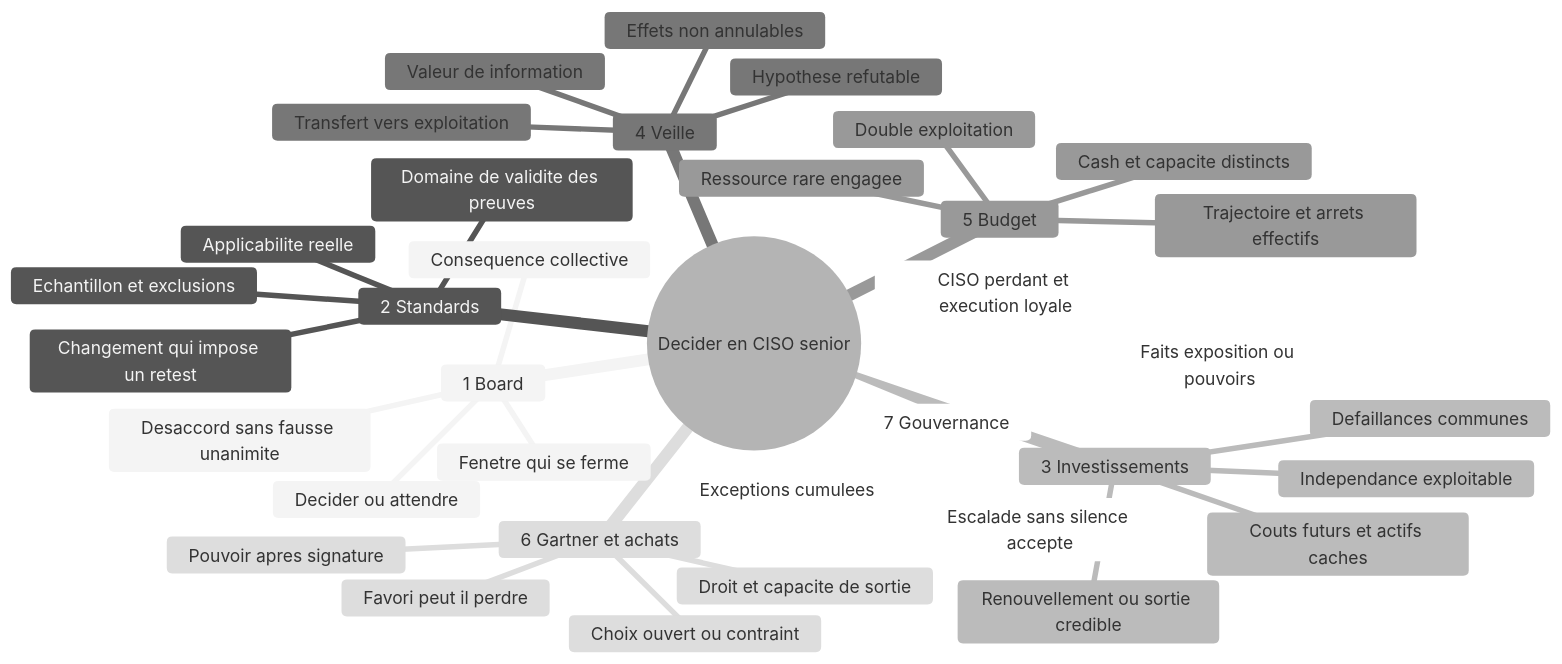
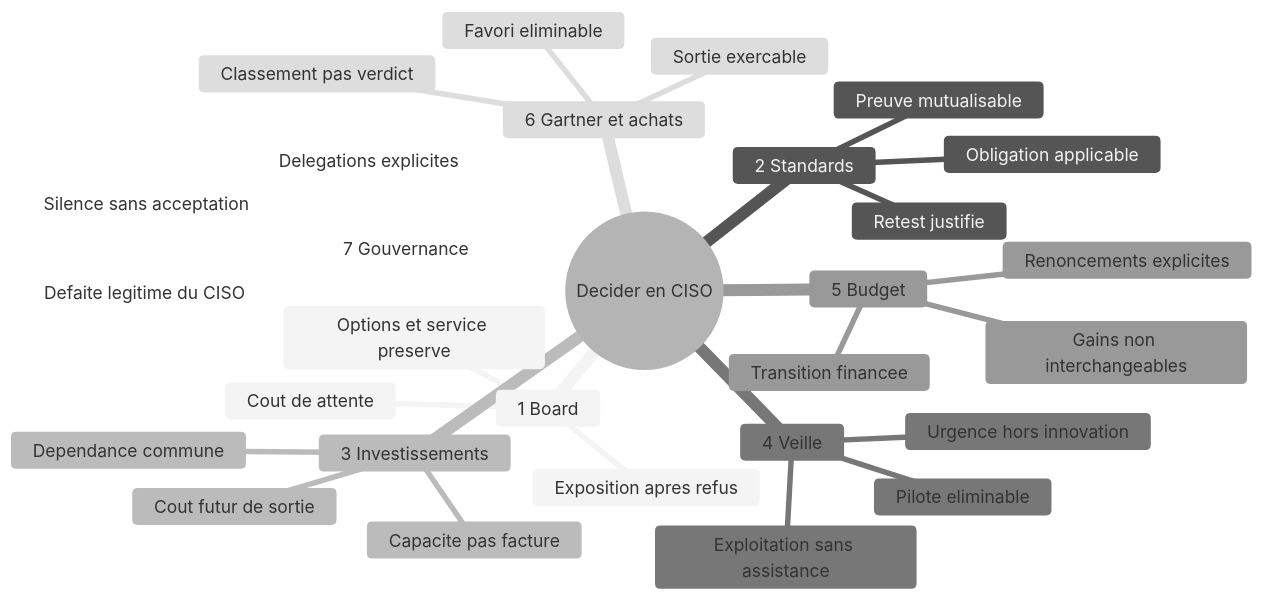
Before and after one commit to oussamanaffati/SP_Security_book: the first of 2 diagrams in books/ciso-fr/mind-map.md, drawn with Mermaid (neutral theme). The commit also changed other lines of this file and 23 other files, not shown here.

````diff
--- a/books/ciso-fr/mind-map.md
+++ b/books/ciso-fr/mind-map.md
@@ -7,39 +5,32 @@
 ```mermaid
 mindmap
-  root((Decider en CISO senior))
+  root((Decider en CISO))
     1 Board
-      Decider ou attendre
-      Fenetre qui se ferme
-      Consequence collective
-      Desaccord sans fausse unanimite
+      Options et service preserve
+      Cout de attente
+      Exposition apres refus
     2 Standards
-      Applicabilite reelle
-      Domaine de validite des preuves
-      Echantillon et exclusions
-      Changement qui impose un retest
+      Obligation applicable
+      Preuve mutualisable
+      Retest justifie
     3 Investissements
-      Couts futurs et actifs caches
-      Defaillances communes
-      Independance exploitable
-      Renouvellement ou sortie credible
+      Capacite pas facture
+      Cout futur de sortie
+      Dependance commune
     4 Veille
-      Hypothese refutable
-      Valeur de information
-      Effets non annulables
-      Transfert vers exploitation
+      Urgence hors innovation
+      Pilote eliminable
+      Exploitation sans assistance
     5 Budget
-      Cash et capacite distincts
-      Ressource rare engagee
-      Double exploitation
-      Trajectoire et arrets effectifs
+      Transition financee
+      Gains non interchangeables
+      Renoncements explicites
     6 Gartner et achats
-      Favori peut il perdre
-      Choix ouvert ou contraint
-      Pouvoir apres signature
-      Droit et capacite de sortie
+      Classement pas verdict
+      Favori eliminable
+      Sortie exercable
     7 Gouvernance
-      Faits exposition ou pouvoirs
-      CISO perdant et execution loyale
-      Escalade sans silence accepte
-      Exceptions cumulees
+      Delegations explicites
+      Defaite legitime du CISO
+      Silence sans acceptation
 ```
````
